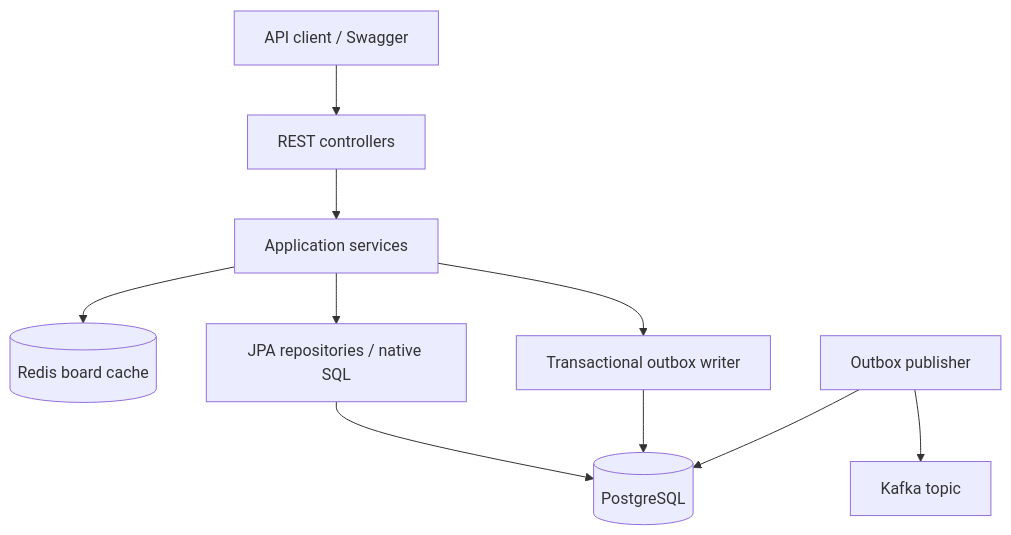
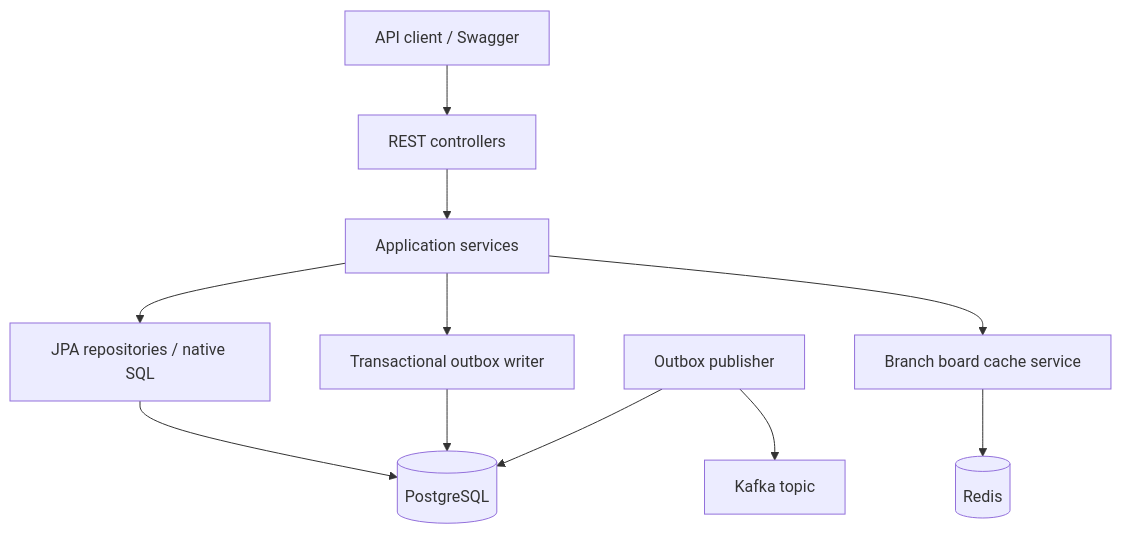
The diagram in README.md (Jaciant/QueueForge), drawn with Mermaid before and after one commit. The commit also changed other lines of this file and 1 other file, not shown here.

````diff
--- a/README.md
+++ b/README.md
@@ -57,12 +59,18 @@
 ```mermaid
 flowchart TD
     Client["API client / Swagger"] --> Api["REST controllers"]
     Api --> Services["Application services"]
-    Services --> Redis[("Redis board cache")]
+
     Services --> Repositories["JPA repositories / native SQL"]
     Repositories --> Postgres[("PostgreSQL")]
+
     Services --> Outbox["Transactional outbox writer"]
     Outbox --> Postgres
+
     Publisher["Outbox publisher"] --> Postgres
     Publisher --> Kafka["Kafka topic"]
+    
+    Services --> Cache["Branch board cache service"]
+    Cache --> Redis[("Redis")]
+
 ```
````
